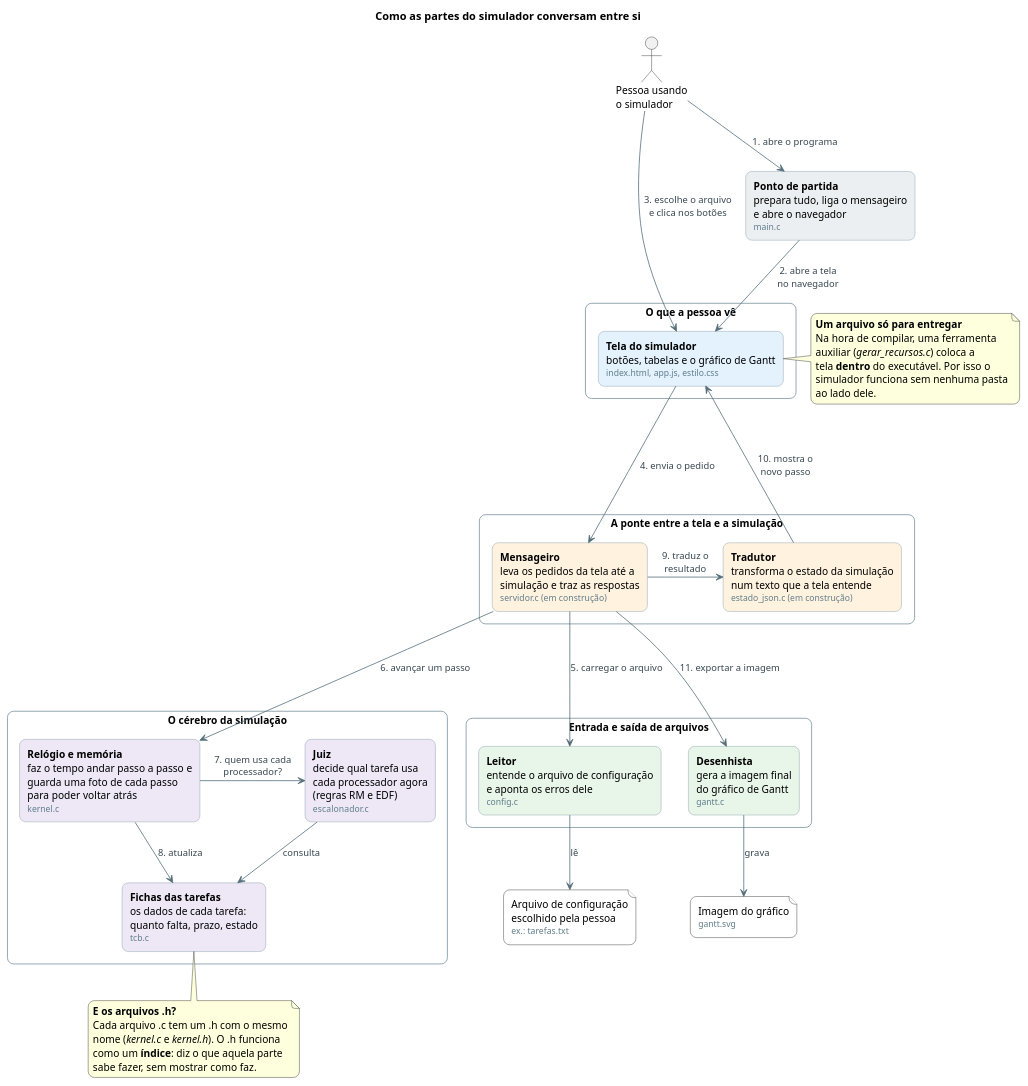
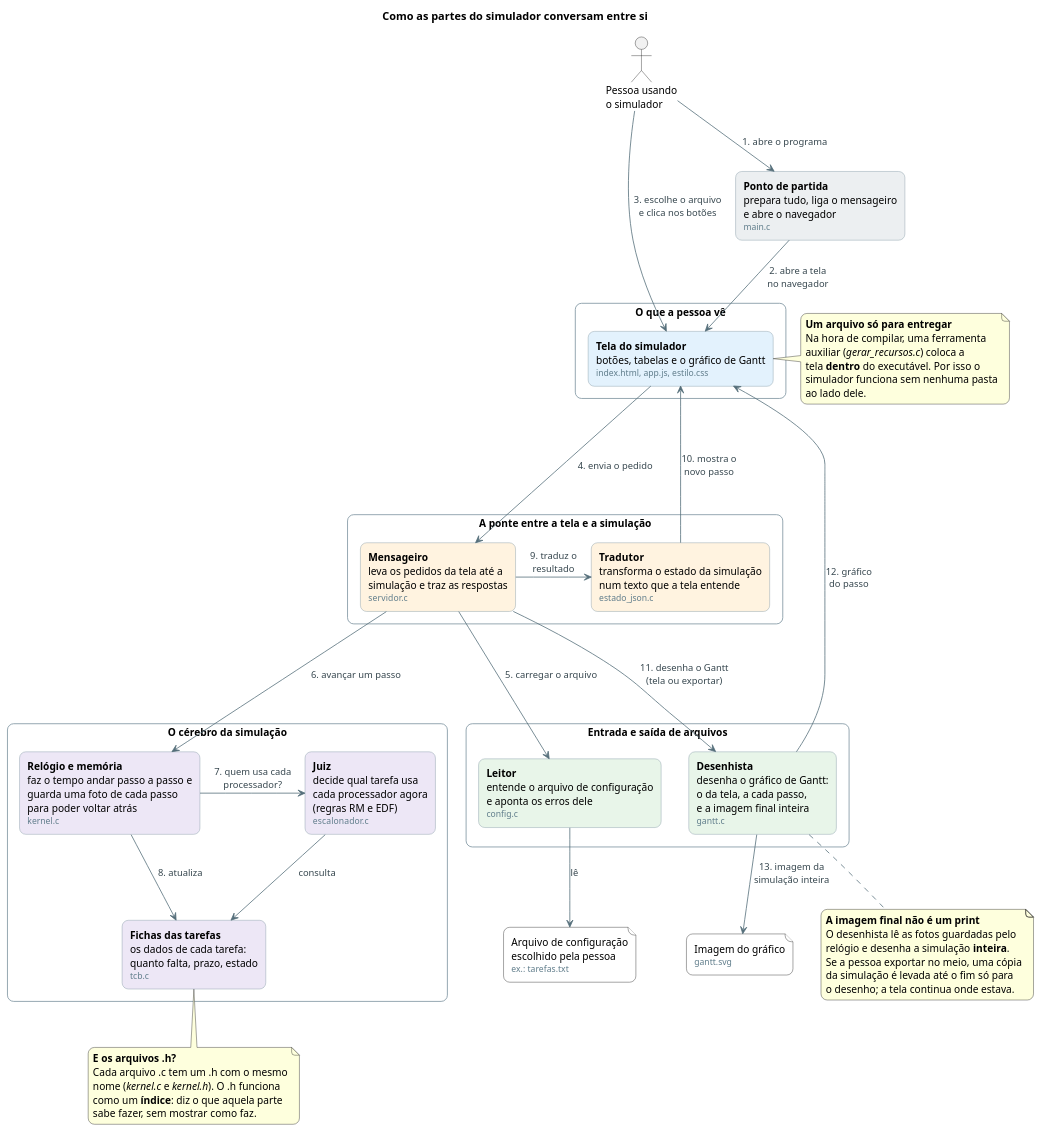
Before and after one commit to IsaBellaBortoleto/so_scheduler_sim: the diagram in fluxogramas/visao_geral.puml, drawn with PlantUML. The commit also changed 13 other files, not shown here.

Commit message:
fix:consertando para o que era pedido no requisito 2.4

```diff
--- a/fluxogramas/visao_geral.puml
+++ b/fluxogramas/visao_geral.puml
@@ -1,95 +1,105 @@
 @startuml visao_geral
 title Como as partes do simulador conversam entre si
 
 ' ----------------------------------------------------------------------------
 ' Versão para quem NÃO programa. Cada caixa é um papel ("o juiz", "o
 ' mensageiro"); o nome do arquivo aparece só em letra pequena. As setas
 ' numeradas contam, em ordem, o que acontece quando alguém usa o simulador.
 ' A versão técnica (com #include e .h) está em relacionamento_arquivos.puml.
 '
 ' Os rótulos das setas NÃO usam aspas: o PlantUML separa o texto entre aspas
 ' do resto do rótulo e o desenha longe da seta.
 ' ----------------------------------------------------------------------------
 
 skinparam shadowing false
 skinparam defaultFontName Arial
 skinparam defaultFontSize 13
 skinparam roundCorner 16
 skinparam ArrowColor #546E7A
 skinparam ArrowFontSize 12
 skinparam ArrowFontColor #37474F
 skinparam packageStyle rectangle
 skinparam package {
   BorderColor #B0BEC5
   FontColor #455A64
 }
 skinparam rectangle {
   BorderColor #78909C
 }
 
 actor "Pessoa usando\no simulador" as pessoa
 
 rectangle "<b>Ponto de partida</b>\nprepara tudo, liga o mensageiro\ne abre o navegador\n<size:11><color:#607D8B>main.c</color></size>" as inicio #ECEFF1
 
 package "O que a pessoa vê" {
   rectangle "<b>Tela do simulador</b>\nbotões, tabelas e o gráfico de Gantt\n<size:11><color:#607D8B>index.html, app.js, estilo.css</color></size>" as tela #E3F2FD
 }
 
 package "A ponte entre a tela e a simulação" {
-  rectangle "<b>Mensageiro</b>\nleva os pedidos da tela até a\nsimulação e traz as respostas\n<size:11><color:#607D8B>servidor.c (em construção)</color></size>" as mensageiro #FFF3E0
-  rectangle "<b>Tradutor</b>\ntransforma o estado da simulação\nnum texto que a tela entende\n<size:11><color:#607D8B>estado_json.c (em construção)</color></size>" as tradutor #FFF3E0
+  rectangle "<b>Mensageiro</b>\nleva os pedidos da tela até a\nsimulação e traz as respostas\n<size:11><color:#607D8B>servidor.c</color></size>" as mensageiro #FFF3E0
+  rectangle "<b>Tradutor</b>\ntransforma o estado da simulação\nnum texto que a tela entende\n<size:11><color:#607D8B>estado_json.c</color></size>" as tradutor #FFF3E0
 }
 
 package "O cérebro da simulação" {
   rectangle "<b>Relógio e memória</b>\nfaz o tempo andar passo a passo e\nguarda uma foto de cada passo\npara poder voltar atrás\n<size:11><color:#607D8B>kernel.c</color></size>" as relogio #EDE7F6
   rectangle "<b>Juiz</b>\ndecide qual tarefa usa\ncada processador agora\n(regras RM e EDF)\n<size:11><color:#607D8B>escalonador.c</color></size>" as juiz #EDE7F6
   rectangle "<b>Fichas das tarefas</b>\nos dados de cada tarefa:\nquanto falta, prazo, estado\n<size:11><color:#607D8B>tcb.c</color></size>" as fichas #EDE7F6
 }
 
 package "Entrada e saída de arquivos" {
   rectangle "<b>Leitor</b>\nentende o arquivo de configuração\ne aponta os erros dele\n<size:11><color:#607D8B>config.c</color></size>" as leitor #E8F5E9
-  rectangle "<b>Desenhista</b>\ngera a imagem final\ndo gráfico de Gantt\n<size:11><color:#607D8B>gantt.c</color></size>" as desenhista #E8F5E9
+  rectangle "<b>Desenhista</b>\ndesenha o gráfico de Gantt:\no da tela, a cada passo,\ne a imagem final inteira\n<size:11><color:#607D8B>gantt.c</color></size>" as desenhista #E8F5E9
 }
 
 file "Arquivo de configuração\nescolhido pela pessoa\n<size:11><color:#607D8B>ex.: tarefas.txt</color></size>" as arq_config #FFFFFF
 file "Imagem do gráfico\n<size:11><color:#607D8B>gantt.svg</color></size>" as arq_imagem #FFFFFF
 
 ' ============================ a história, em ordem ===========================
 ' Setas com mais traços (-->, --->) ficam mais compridas e abrem espaço para
 ' o rótulo não encostar nas caixas.
 
 pessoa     -down->   inicio     : 1. abre o programa
 inicio     -down->   tela       : 2. abre a tela\nno navegador
 pessoa     -right->  tela       : 3. escolhe o arquivo\ne clica nos botões
 tela       -down-->  mensageiro : 4. envia o pedido
 mensageiro -down-->  leitor     : 5. carregar o arquivo
 leitor     -down->   arq_config : lê
 mensageiro -down-->  relogio    : 6. avançar um passo
 relogio    -right--> juiz       : 7. quem usa cada\nprocessador?
 relogio    -down->   fichas     : 8. atualiza
 juiz       -down->   fichas     : consulta
 mensageiro -right--> tradutor   : 9. traduz o\nresultado
 tradutor   -up-->    tela       : 10. mostra o\nnovo passo
-mensageiro -down-->  desenhista : 11. exportar a imagem
-desenhista -down->   arq_imagem : grava
+mensageiro -down-->  desenhista : 11. desenha o Gantt\n(tela ou exportar)
+desenhista -up-->    tela       : 12. gráfico\ndo passo
+desenhista -down->   arq_imagem : 13. imagem da\nsimulação inteira
 
 ' =================================== notas ===================================
 
 note right of tela
   <b>Um arquivo só para entregar</b>
   Na hora de compilar, uma ferramenta
   auxiliar (<i>gerar_recursos.c</i>) coloca a
   tela <b>dentro</b> do executável. Por isso o
   simulador funciona sem nenhuma pasta
   ao lado dele.
 end note
 
+note bottom of desenhista
+  <b>A imagem final não é um print</b>
+  O desenhista lê as fotos guardadas pelo
+  relógio e desenha a simulação <b>inteira</b>.
+  Se a pessoa exportar no meio, uma cópia
+  da simulação é levada até o fim só para
+  o desenho; a tela continua onde estava.
+end note
+
 note bottom of fichas
   <b>E os arquivos .h?</b>
   Cada arquivo .c tem um .h com o mesmo
   nome (<i>kernel.c</i> e <i>kernel.h</i>). O .h funciona
   como um <b>índice</b>: diz o que aquela parte
   sabe fazer, sem mostrar como faz.
 end note
 
 @enduml
```
